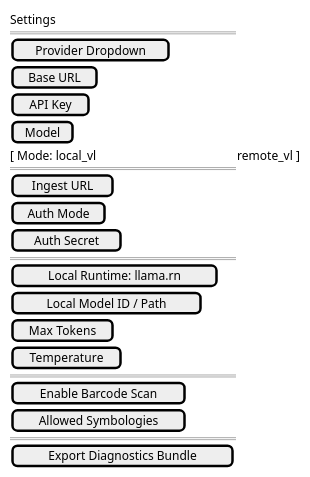
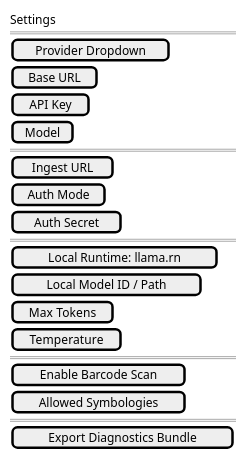
The diagram in docs/Wireframes/ui-settings.puml (SP-SDU/Tolksyn), drawn with PlantUML before and after one commit. The commit also changed 16 other files, not shown here.

```diff
--- a/docs/Wireframes/ui-settings.puml
+++ b/docs/Wireframes/ui-settings.puml
@@ -1,30 +1,28 @@
-@startuml UI Settings Screen
-salt
+@startsalt UI Settings Screen
 {
   Settings
   == Provider ==
   [ Provider Dropdown ]
   [ Base URL ]
   [ API Key ]
   [ Model ]
-  [ Mode: local_vl | remote_vl ]
 
   == Ingest ==
   [ Ingest URL ]
   [ Auth Mode ]
   [ Auth Secret ]
 
   == Local ==
   [ Local Runtime: llama.rn ]
   [ Local Model ID / Path ]
   [ Max Tokens ]
   [ Temperature ]
 
   == Barcode ==
   [ Enable Barcode Scan ]
   [ Allowed Symbologies ]
 
   == Diagnostics ==
   [ Export Diagnostics Bundle ]
 }
-@enduml
+@endsalt
```
